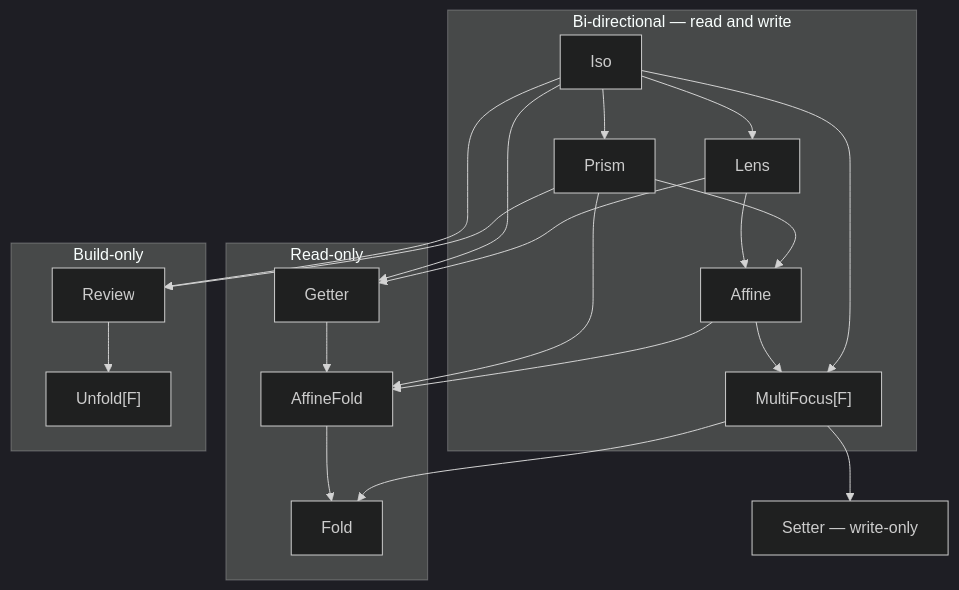
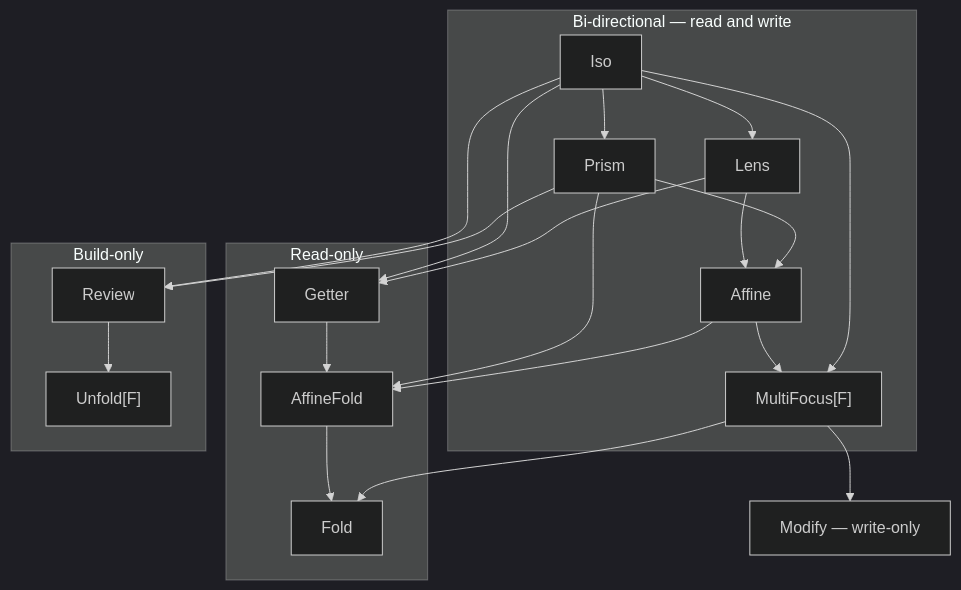
The diagram in site/docs/optics.md (Constructive-Programming/eo), drawn with Mermaid (dark theme) before and after one commit. The commit also changed other lines of this file and 42 other files, not shown here.

````diff
--- a/site/docs/optics.md
+++ b/site/docs/optics.md
@@ -17,43 +17,43 @@
 ```mermaid
 flowchart TD
   subgraph bidir["Bi-directional — read and write"]
     Iso --> Lens
     Iso --> Prism
     Lens --> Affine
     Prism --> Affine
     Affine --> MultiFocus["MultiFocus[F]"]
     Iso --> MultiFocus
   end
 
   subgraph readonly["Read-only"]
     Getter --> AffineFold
     AffineFold --> Fold
   end
 
   subgraph buildonly["Build-only"]
     Review --> Unfold["Unfold[F]"]
   end
 
-  Setter["Setter — write-only"]
+  Modify["Modify — write-only"]
 
   Iso --> Getter
   Lens --> Getter
   Prism --> AffineFold
   Affine --> AffineFold
   MultiFocus --> Fold
-  MultiFocus --> Setter
+  MultiFocus --> Modify
   Iso --> Review
   Prism --> Review
 
   click Iso "#iso"
   click Lens "#lens"
   click Prism "#prism"
   click Affine "#affine"
   click MultiFocus "#multifocus"
   click Getter "#getter"
-  click Setter "#setter"
+  click Modify "#modify"
   click Review "#review"
   click Unfold "#unfold"
   click AffineFold "#affinefold"
   click Fold "#fold"
 ```
````
